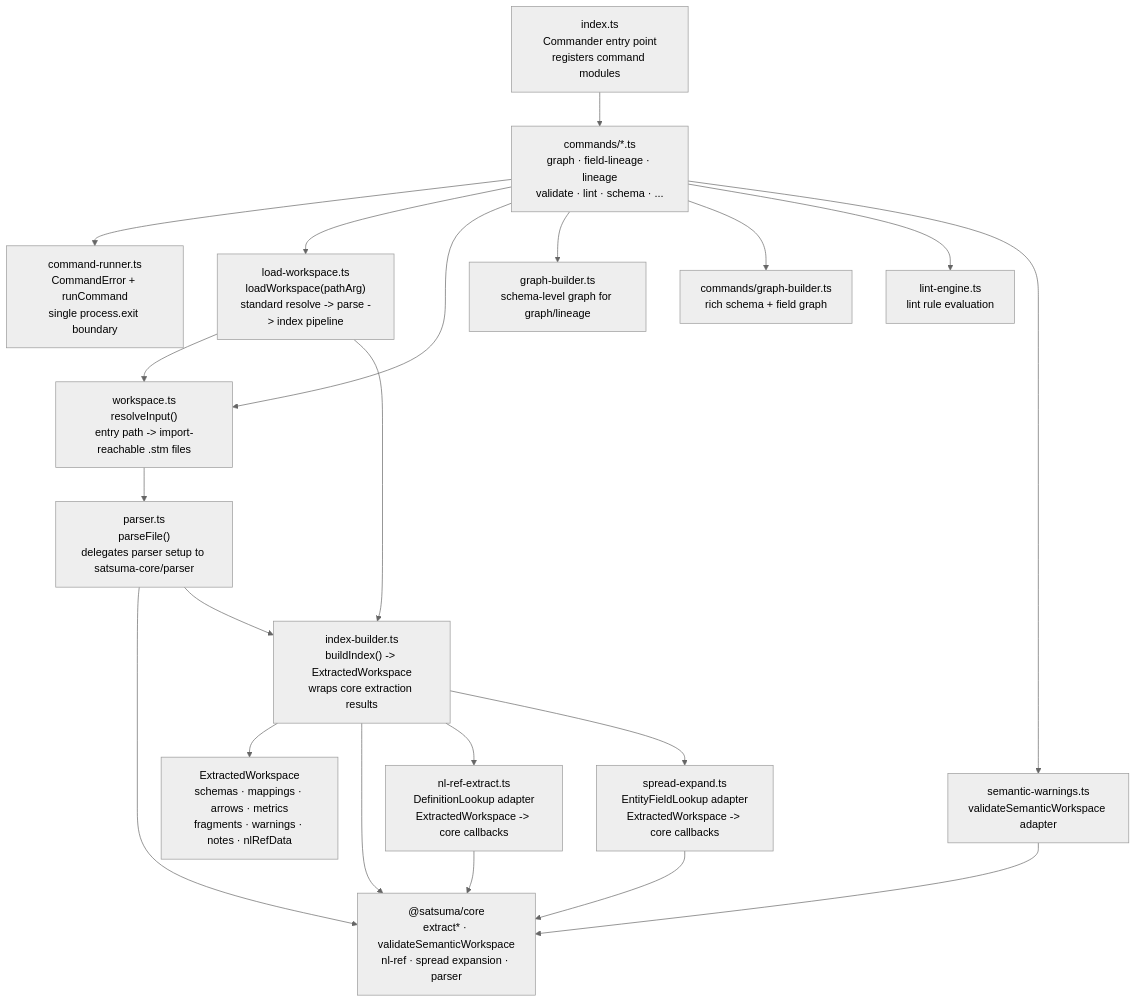
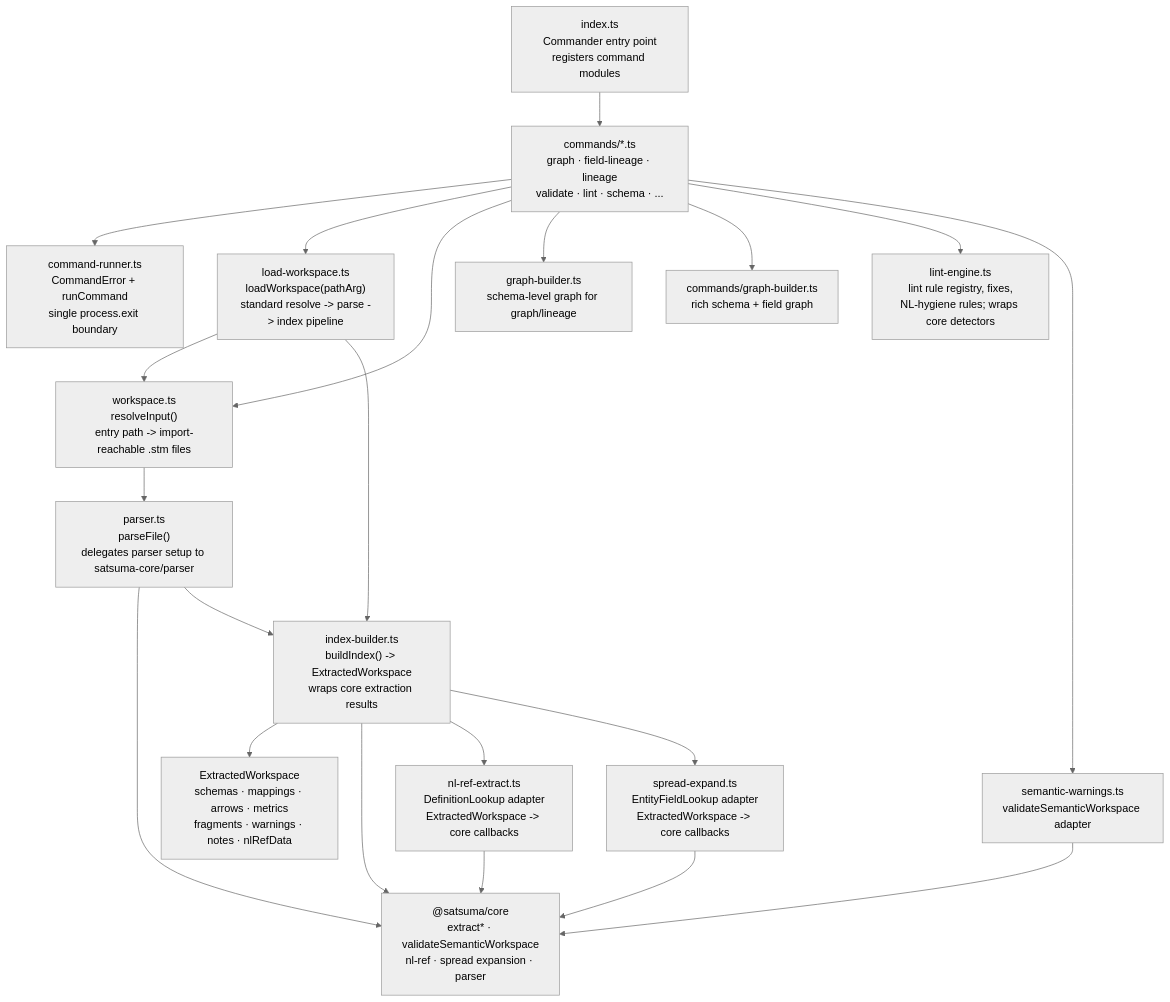
The fourth of 6 diagrams in docs/developer/ARCHITECTURE.md (EqualExperts/satsuma-lang), drawn with Mermaid (neutral theme) before and after one commit. The commit also changed other lines of this file and 5 other files, not shown here.

````diff
--- a/docs/developer/ARCHITECTURE.md
+++ b/docs/developer/ARCHITECTURE.md
@@ -198,40 +201,40 @@
 ```mermaid
 flowchart TD
   entry["index.ts<br/>Commander entry point<br/>registers command modules"]
   runner["command-runner.ts<br/>CommandError + runCommand<br/>single process.exit boundary"]
   commands["commands/*.ts<br/>graph · field-lineage · lineage<br/>validate · lint · schema · ..."]
 
   workspace["workspace.ts<br/>resolveInput()<br/>entry path -> import-reachable .stm files"]
   parser["parser.ts<br/>parseFile()<br/>delegates parser setup to satsuma-core/parser"]
   loader["load-workspace.ts<br/>loadWorkspace(pathArg)<br/>standard resolve -> parse -> index pipeline"]
 
   indexBuilder["index-builder.ts<br/>buildIndex() -> ExtractedWorkspace<br/>wraps core extraction results"]
   extracted["ExtractedWorkspace<br/>schemas · mappings · arrows · metrics<br/>fragments · warnings · notes · nlRefData"]
 
   nlBridge["nl-ref-extract.ts<br/>DefinitionLookup adapter<br/>ExtractedWorkspace -> core callbacks"]
   spreadBridge["spread-expand.ts<br/>EntityFieldLookup adapter<br/>ExtractedWorkspace -> core callbacks"]
   graphBuilder["graph-builder.ts<br/>schema-level graph for graph/lineage"]
   graphCommandBuilder["commands/graph-builder.ts<br/>rich schema + field graph"]
-  lintEngine["lint-engine.ts<br/>lint rule evaluation"]
+  lintEngine["lint-engine.ts<br/>lint rule registry, fixes,<br/>NL-hygiene rules; wraps core detectors"]
   semanticWarnings["semantic-warnings.ts<br/>validateSemanticWorkspace adapter"]
 
   core["@satsuma/core<br/>extract* · validateSemanticWorkspace<br/>nl-ref · spread expansion · parser"]
 
   entry --> commands
   commands --> runner
   commands --> loader
   commands --> workspace
   commands --> graphBuilder
   commands --> graphCommandBuilder
   commands --> lintEngine
   commands --> semanticWarnings
   loader --> workspace --> parser --> core
   loader --> indexBuilder --> extracted
   parser --> indexBuilder
   indexBuilder --> core
   indexBuilder --> nlBridge
   indexBuilder --> spreadBridge
   nlBridge --> core
   spreadBridge --> core
   semanticWarnings --> core
 ```
````
